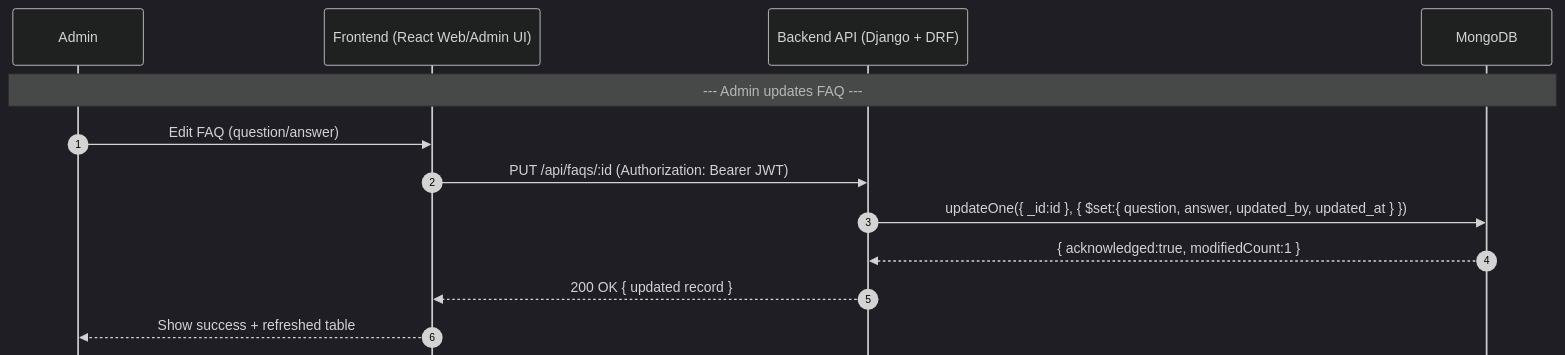
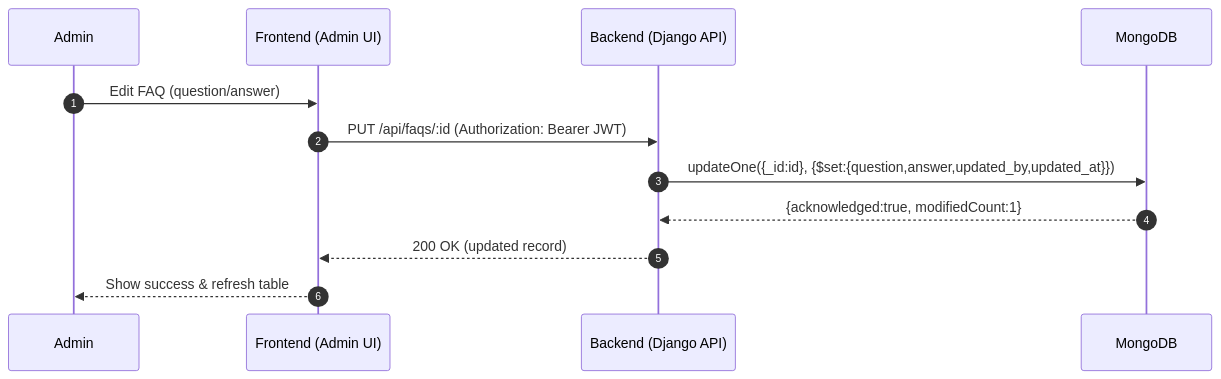
The third of 4 diagrams in Stage3.md (M0simi/portfolio), drawn with Mermaid before and after one commit. The commit also changed other lines of this file, not shown here.

````diff
--- a/Stage3.md
+++ b/Stage3.md
@@ -247,29 +148,15 @@
 ```mermaid
-%%{init:{
-  'theme':'dark',
-  'themeVariables':{'fontSize':'13px'},
-  'sequence':{
-    'showSequenceNumbers':true,
-    'useMaxWidth':true,
-    'actorMargin':160,
-    'messageMargin':90,
-    'diagramPadding':16,
-    'mirrorActors':false,
-    'bottomMarginAdj':24
-}}}%%
 sequenceDiagram
   autonumber
   participant Admin
-  participant Frontend as Frontend (React Web/Admin UI)
-  participant Backend as Backend API (Django + DRF)
+  participant FE as Frontend (Admin UI)
+  participant BE as Backend (Django API)
   participant DB as MongoDB
 
-  Note over Admin,DB: --- Admin updates FAQ ---
-  Admin->>Frontend: Edit FAQ (question/answer)
-  Frontend->>Backend: PUT /api/faqs/:id (Authorization: Bearer JWT)
-  Backend->>DB: updateOne({ _id:id }, { $set:{ question, answer, updated_by, updated_at } })
-  DB-->>Backend: { acknowledged:true, modifiedCount:1 }
-  Backend-->>Frontend: 200 OK { updated record }
-  Frontend-->>Admin: Show success + refreshed table
-
+  Admin->>FE: Edit FAQ (question/answer)
+  FE->>BE: PUT /api/faqs/:id (Authorization: Bearer JWT)
+  BE->>DB: updateOne({_id:id}, {$set:{question,answer,updated_by,updated_at}})
+  DB-->>BE: {acknowledged:true, modifiedCount:1}
+  BE-->>FE: 200 OK (updated record)
+  FE-->>Admin: Show success & refresh table
 ```
````
